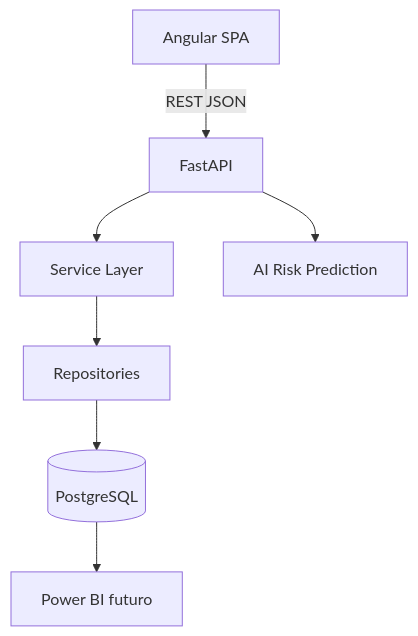
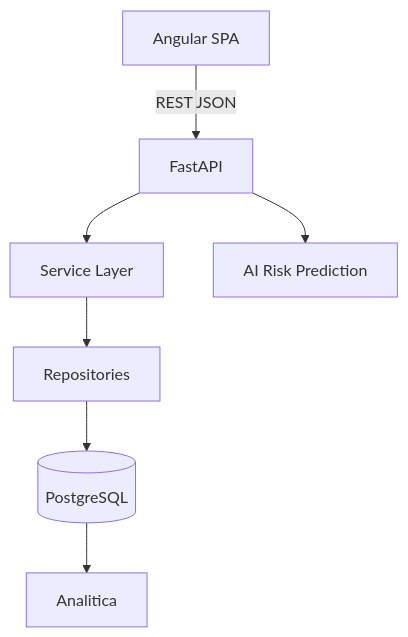
One commit to wesarzein/Paideia changed the diagram in README.md. Above: the diagram before and after it, drawn with Mermaid. The commit also changed other lines of this file and 10 other files, not shown here.

````diff
--- a/README.md
+++ b/README.md
@@ -19,9 +19,9 @@
 ```mermaid
 flowchart TD
   A[Angular SPA] -->|REST JSON| B[FastAPI]
   B --> C[Service Layer]
   C --> D[Repositories]
   D --> E[(PostgreSQL)]
   B --> F[AI Risk Prediction]
-  E --> G[Power BI futuro]
+  E --> G[Analitica]
 ```
````
